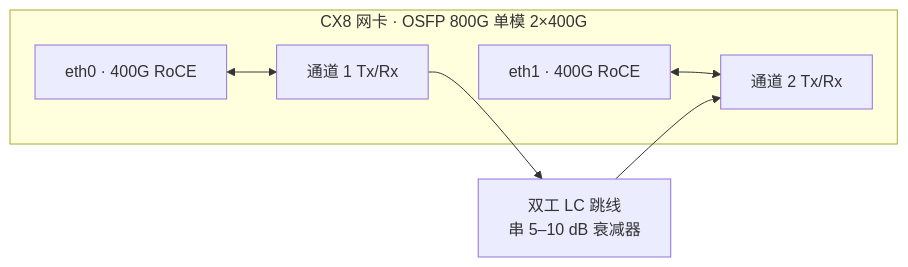
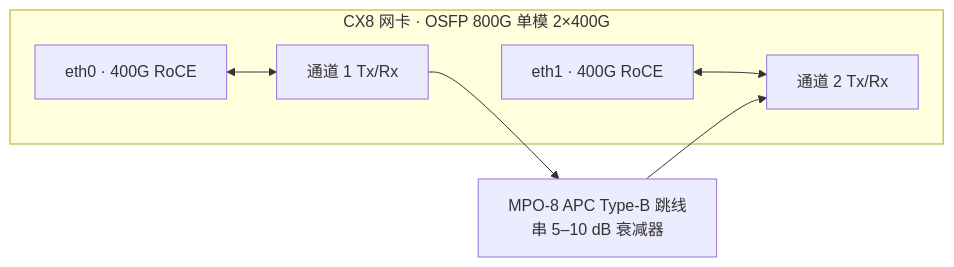
The first of 3 diagrams in docs/cx8-loopback.md (mengxidong-manager/nvidia), drawn with Mermaid before and after one commit. The commit also changed other lines of this file, not shown here.

Commit message:
更正：光模块接口为 MPO-8 APC 而非双工 LC，补充 Type-B 极性要求

````diff
--- a/docs/cx8-loopback.md
+++ b/docs/cx8-loopback.md
@@ -47,13 +48,13 @@
 ```mermaid
 graph LR
   subgraph CX8["CX8 网卡 · OSFP 800G 单模 2×400G"]
     eth0["eth0 · 400G RoCE"]
     eth1["eth1 · 400G RoCE"]
     ch1["通道 1 Tx/Rx"]
     ch2["通道 2 Tx/Rx"]
   end
   eth0 <--> ch1
   eth1 <--> ch2
-  ch1 --> J["双工 LC 跳线<br/>串 5–10 dB 衰减器"]
+  ch1 --> J["MPO-8 APC Type-B 跳线<br/>串 5–10 dB 衰减器"]
   J --> ch2
 ```
````
